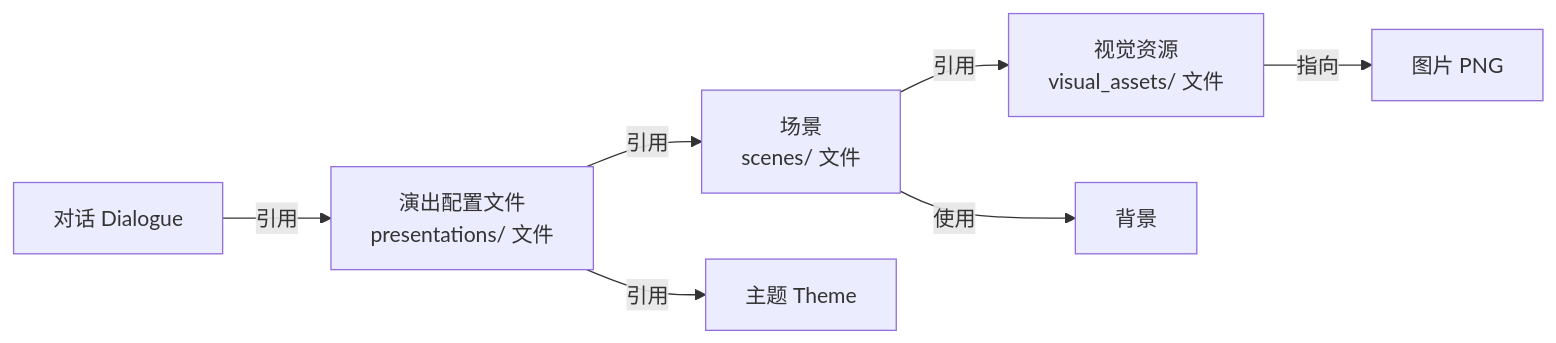
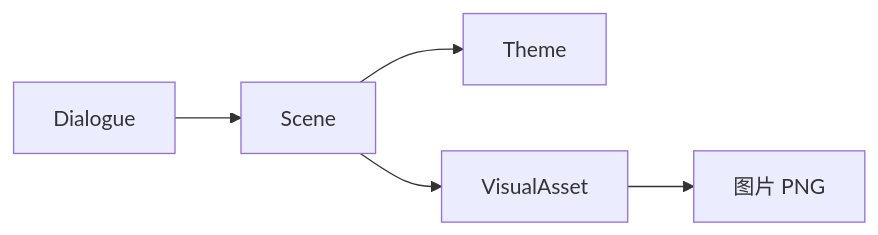
Before and after one commit to RookiesTwo/MaiMai-Dialogue: the diagram in docs/scene/visual-objects.md, drawn with Mermaid. The commit also changed other lines of this file and 135 other files, not shown here.

````diff
--- a/docs/scene/visual-objects.md
+++ b/docs/scene/visual-objects.md
@@ -57,9 +43,7 @@
 ```mermaid
 flowchart LR
-    D[对话 Dialogue] -->|引用| P[演出配置文件<br/>presentations/ 文件]
-    P -->|引用| S[场景<br/>scenes/ 文件]
-    P -->|引用| T[主题 Theme]
-    S -->|引用| A[视觉资源<br/>visual_assets/ 文件]
-    S -->|使用| B[背景]
-    A -->|指向| I[图片 PNG]
+    D[Dialogue] --> S[Scene]
+    S --> T[Theme]
+    S --> A[VisualAsset]
+    A --> I[图片 PNG]
 ```
````
